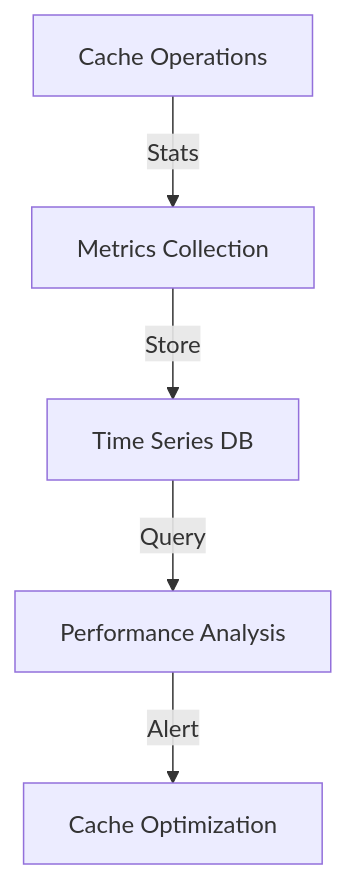
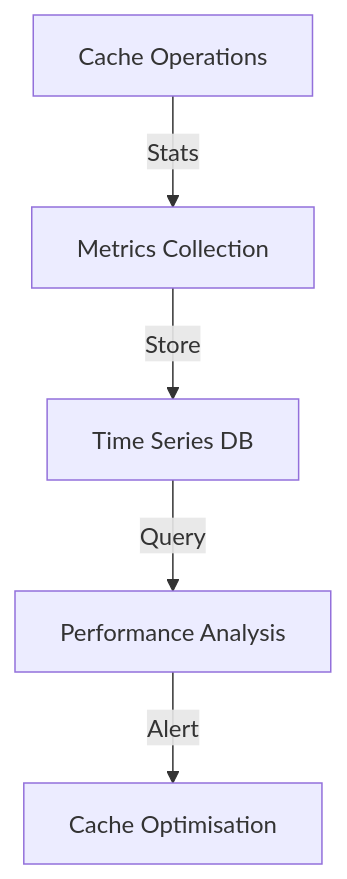
Before and after one commit to UCLH-Digital-Innovation-Hub/Xhuma: the seventh of 10 diagrams in docs/data_flow.md, drawn with Mermaid. The commit also changed other lines of this file and 7 other files, not shown here.

````diff
--- a/docs/data_flow.md
+++ b/docs/data_flow.md
@@ -146,7 +146,7 @@
 ```mermaid
 flowchart TD
     A[Cache Operations] -->|Stats| B[Metrics Collection]
     B -->|Store| C[Time Series DB]
     C -->|Query| D[Performance Analysis]
-    D -->|Alert| E[Cache Optimization]
+    D -->|Alert| E[Cache Optimisation]
 ```
````
